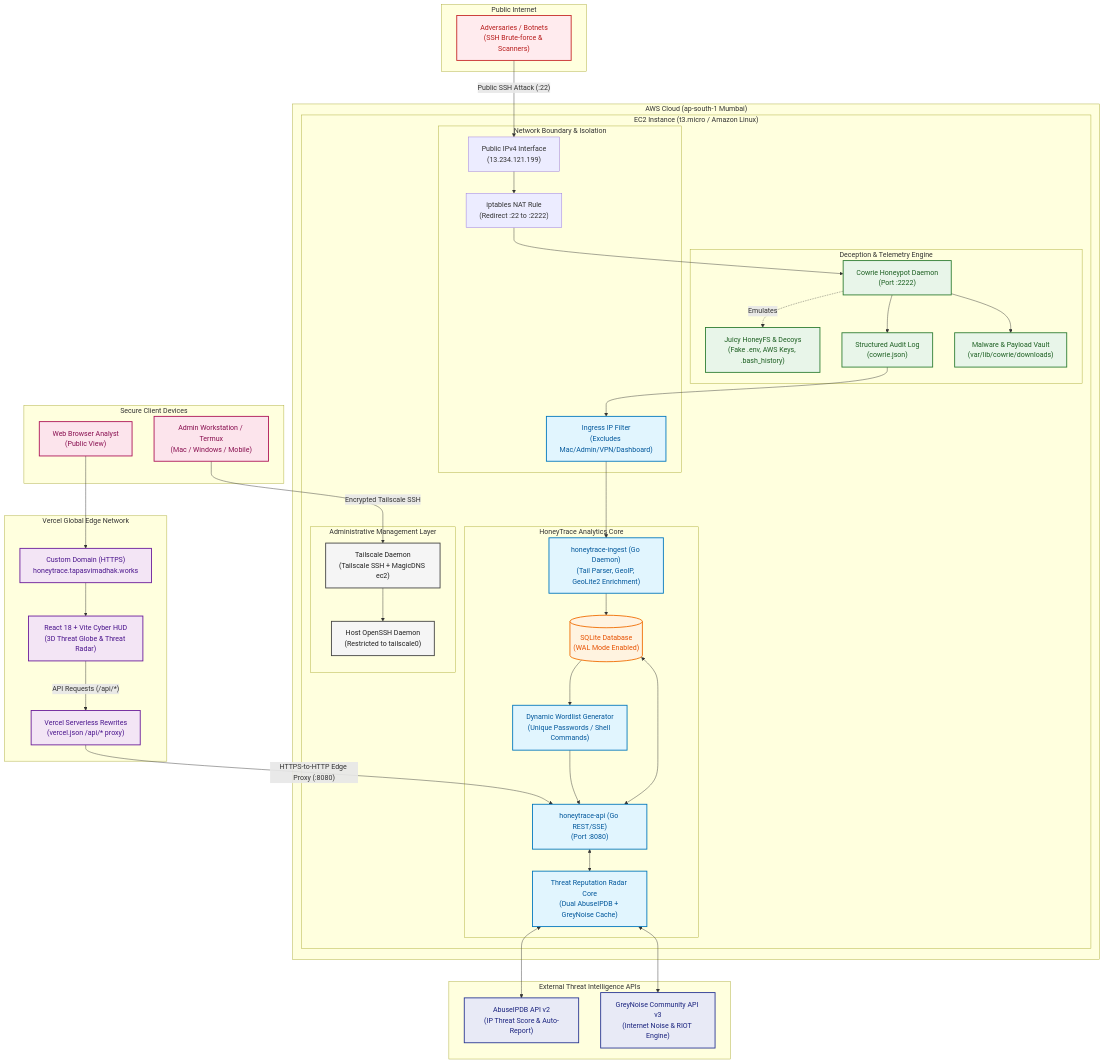
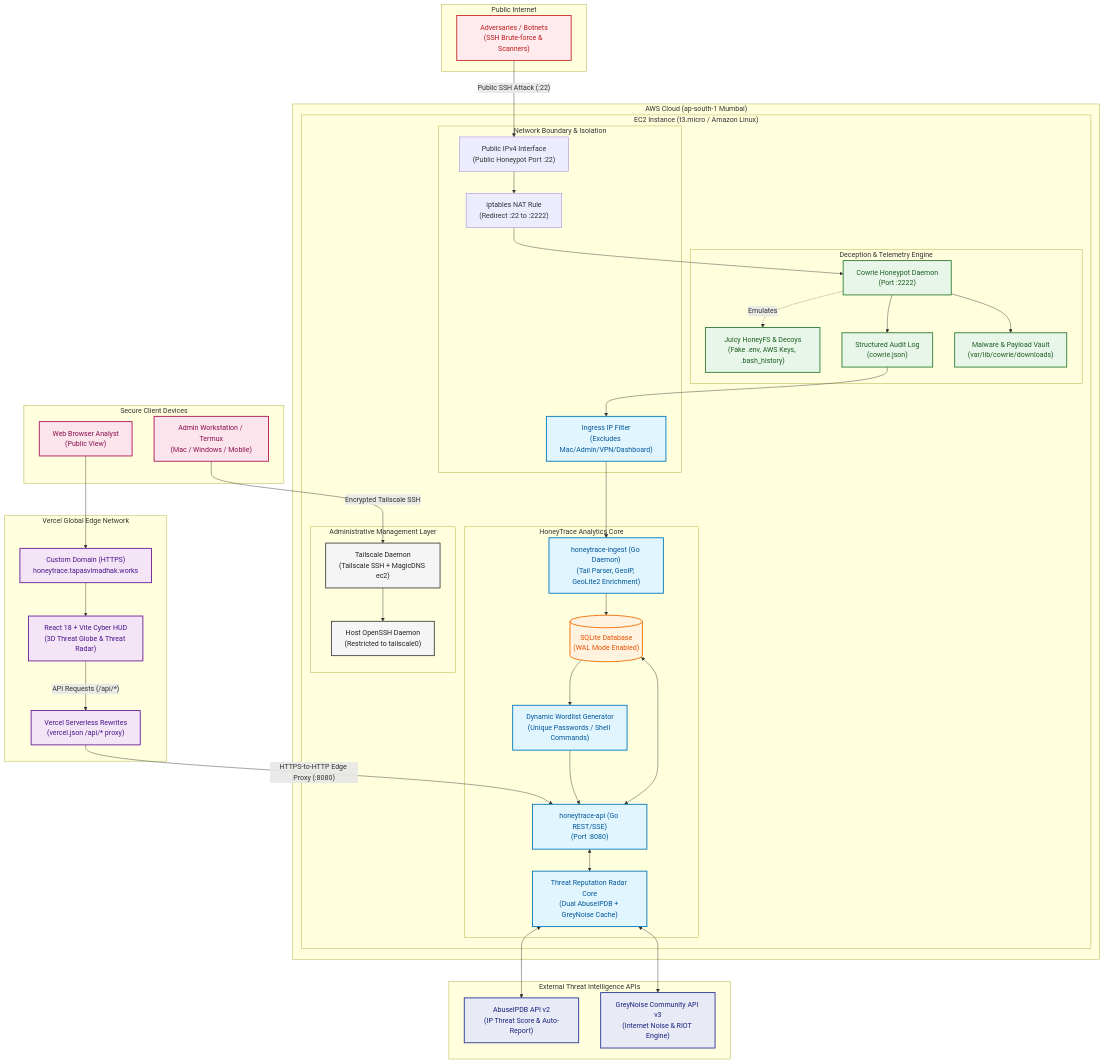
Before and after one commit to TapasviMadhak/HoneyTrace: the diagram in docs/architecture.mmd, drawn with Mermaid. The commit also changed 22 other files, not shown here.

```diff
--- a/docs/architecture.mmd
+++ b/docs/architecture.mmd
@@ -1,96 +1,96 @@
 flowchart TB
  subgraph WAN["Public Internet"]
         A["Adversaries / Botnets<br>(SSH Brute-force &amp; Scanners)"]
   end
  subgraph VERCEL_EDGE["Vercel Global Edge Network"]
         DNS["Custom Domain (HTTPS)<br>honeytrace.tapasvimadhak.works"]
         SPA["React 18 + Vite Cyber HUD<br>(3D Threat Globe &amp; Threat Radar)"]
         PROXY["Vercel Serverless Rewrites<br>(vercel.json /api/* proxy)"]
   end
  subgraph THREAT_INTEL["External Threat Intelligence APIs"]
         ABUSE["AbuseIPDB API v2<br>(IP Threat Score &amp; Auto-Report)"]
         GREYNOISE["GreyNoise Community API v3<br>(Internet Noise &amp; RIOT Engine)"]
   end
  subgraph INGRESS["Network Boundary &amp; Isolation"]
-        PUB_IP["Public IPv4 Interface<br>(13.234.121.199)"]
+        PUB_IP["Public IPv4 Interface<br>(Public Honeypot Port :22)"]
         IPTABLES["iptables NAT Rule<br>(Redirect :22 to :2222)"]
         FILTER["Ingress IP Filter<br>(Excludes Mac/Admin/VPN/Dashboard)"]
   end
  subgraph HONEYPOT_ENV["Deception &amp; Telemetry Engine"]
         COWRIE["Cowrie Honeypot Daemon<br>(Port :2222)"]
         HONEYFS["Juicy HoneyFS &amp; Decoys<br>(Fake .env, AWS Keys, .bash_history)"]
         JSONLOG["Structured Audit Log<br>(cowrie.json)"]
         DOWNLOADS["Malware &amp; Payload Vault<br>(var/lib/cowrie/downloads)"]
   end
  subgraph BACKEND_STACK["HoneyTrace Analytics Core"]
         INGEST["honeytrace-ingest (Go Daemon)<br>(Tail Parser, GeoIP, GeoLite2 Enrichment)"]
         SQLITE[("SQLite Database<br>(WAL Mode Enabled)")]
         API["honeytrace-api (Go REST/SSE)<br>(Port :8080)"]
         RADAR["Threat Reputation Radar Core<br>(Dual AbuseIPDB + GreyNoise Cache)"]
         WORDLIST["Dynamic Wordlist Generator<br>(Unique Passwords / Shell Commands)"]
   end
  subgraph SECURE_MGMT["Administrative Management Layer"]
         TS_DAEMON["Tailscale Daemon<br>(Tailscale SSH + MagicDNS ec2)"]
         REAL_SSHD["Host OpenSSH Daemon<br>(Restricted to tailscale0)"]
   end
  subgraph EC2["EC2 Instance (t3.micro / Amazon Linux)"]
         INGRESS
         HONEYPOT_ENV
         BACKEND_STACK
         SECURE_MGMT
   end
  subgraph AWS["AWS Cloud (ap-south-1 Mumbai)"]
         EC2
   end
  subgraph ADMIN_CLIENTS["Secure Client Devices"]
         ADMIN["Admin Workstation / Termux<br>(Mac / Windows / Mobile)"]
         BROWSER["Web Browser Analyst<br>(Public View)"]
   end
     DNS --> SPA
     SPA -- API Requests (/api/*) --> PROXY
     PUB_IP --> IPTABLES
     IPTABLES --> COWRIE
     COWRIE -. Emulates .-> HONEYFS
     COWRIE --> JSONLOG & DOWNLOADS
     JSONLOG --> FILTER
     FILTER --> INGEST
     INGEST --> SQLITE
     SQLITE <--> API
     API <--> RADAR
     RADAR <--> ABUSE & GREYNOISE
     SQLITE --> WORDLIST
     WORDLIST --> API
     TS_DAEMON --> REAL_SSHD
     A -- Public SSH Attack (:22) --> PUB_IP
     PROXY -- "HTTPS-to-HTTP Edge Proxy (:8080)" --> API
     BROWSER --> DNS
     ADMIN -- Encrypted Tailscale SSH --> TS_DAEMON
 
      A:::attacker
      DNS:::edge
      SPA:::edge
      PROXY:::edge
      ABUSE:::intel
      GREYNOISE:::intel
      COWRIE:::host
      HONEYFS:::host
      JSONLOG:::host
      DOWNLOADS:::host
      FILTER:::core
      INGEST:::core
      SQLITE:::db
      API:::core
      RADAR:::core
      WORDLIST:::core
      TS_DAEMON:::vpn
      REAL_SSHD:::vpn
      ADMIN:::client
      BROWSER:::client
     classDef attacker fill:#ffebee,stroke:#c62828,stroke-width:2px,color:#b71c1c
     classDef edge fill:#f3e5f5,stroke:#6a1b9a,stroke-width:2px,color:#4a148c
     classDef intel fill:#e8eaf6,stroke:#283593,stroke-width:2px,color:#1a237e
     classDef host fill:#e8f5e9,stroke:#2e7d32,stroke-width:2px,color:#1b5e20
     classDef core fill:#e1f5fe,stroke:#0277bd,stroke-width:2px,color:#01579b
     classDef db fill:#fff3e0,stroke:#ef6c00,stroke-width:2px,color:#e65100
     classDef vpn fill:#f5f5f5,stroke:#424242,stroke-width:2px,color:#212121
     classDef client fill:#fce4ec,stroke:#ad1457,stroke-width:2px,color:#880e4f
```
